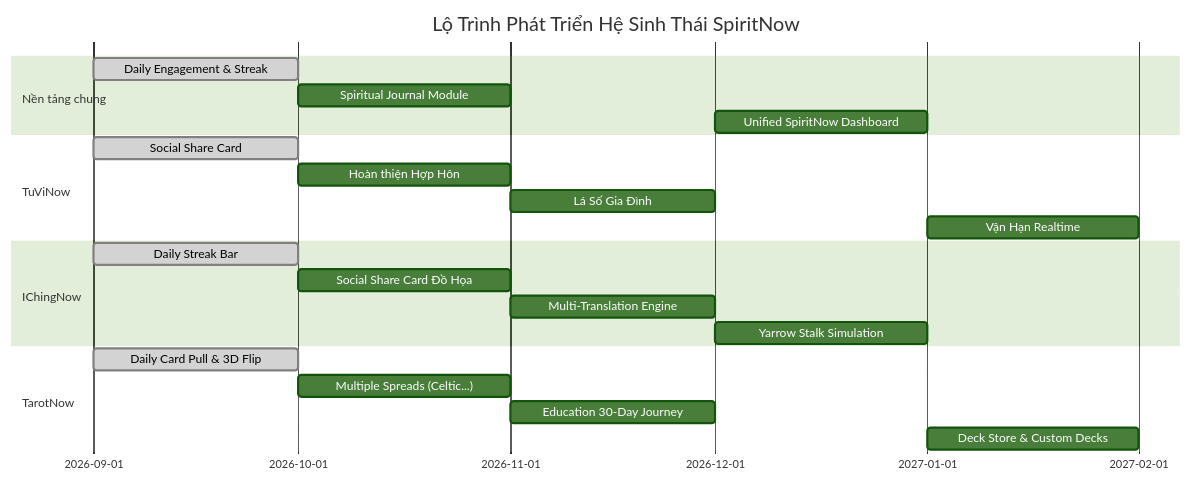
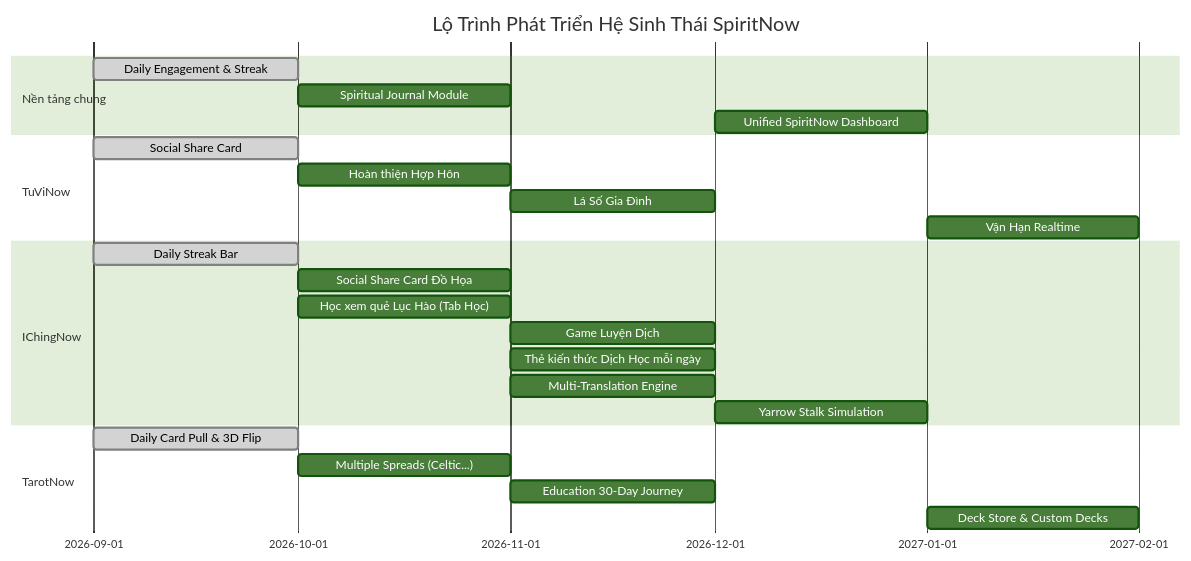
One commit to hoangvu96z/IChingNow changed the diagram in ROADMAP.md. Above: the diagram before and after it, drawn with Mermaid (forest theme). The commit also changed other lines of this file and 8 other files, not shown here.

````diff
--- a/ROADMAP.md
+++ b/ROADMAP.md
@@ -146,24 +213,27 @@
 ```mermaid
 gantt
     title Lộ Trình Phát Triển Hệ Sinh Thái SpiritNow
     dateFormat YYYY-MM
     section Nền tảng chung
         Daily Engagement & Streak         :done, 2026-09, 2026-10
         Spiritual Journal Module          :2026-10, 2026-11
         Unified SpiritNow Dashboard       :2026-12, 2027-01
     section TuViNow
         Social Share Card                 :done, 2026-09, 2026-10
         Hoàn thiện Hợp Hôn               :2026-10, 2026-11
         Lá Số Gia Đình                   :2026-11, 2026-12
         Vận Hạn Realtime                 :2027-01, 2027-02
     section IChingNow
         Daily Streak Bar                  :done, 2026-09, 2026-10
         Social Share Card Đồ Họa          :2026-10, 2026-11
+        Học xem quẻ Lục Hào (Tab Học)     :2026-10, 2026-11
+        Game Luyện Dịch                   :2026-11, 2026-12
+        Thẻ kiến thức Dịch Học mỗi ngày   :2026-11, 2026-12
         Multi-Translation Engine          :2026-11, 2026-12
         Yarrow Stalk Simulation           :2026-12, 2027-01
     section TarotNow
         Daily Card Pull & 3D Flip         :done, 2026-09, 2026-10
         Multiple Spreads (Celtic...)      :2026-10, 2026-11
         Education 30-Day Journey          :2026-11, 2026-12
         Deck Store & Custom Decks         :2027-01, 2027-02
 ```
````
